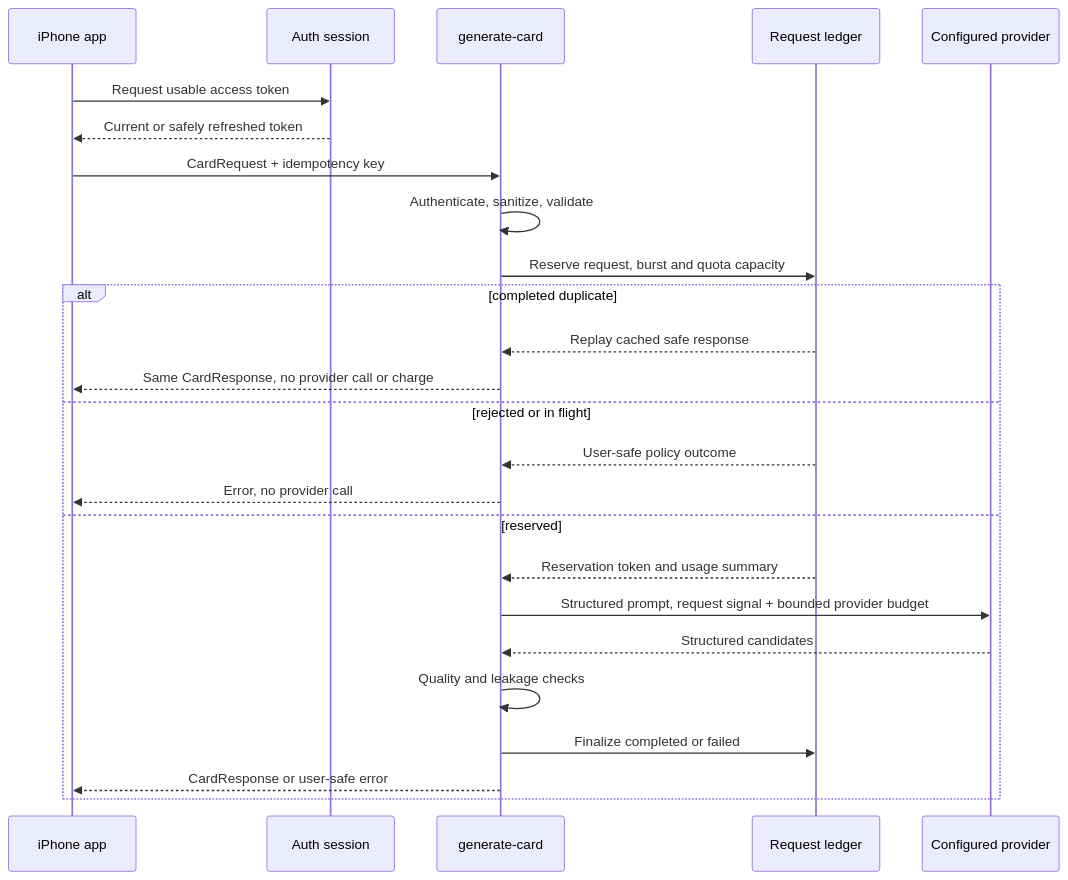
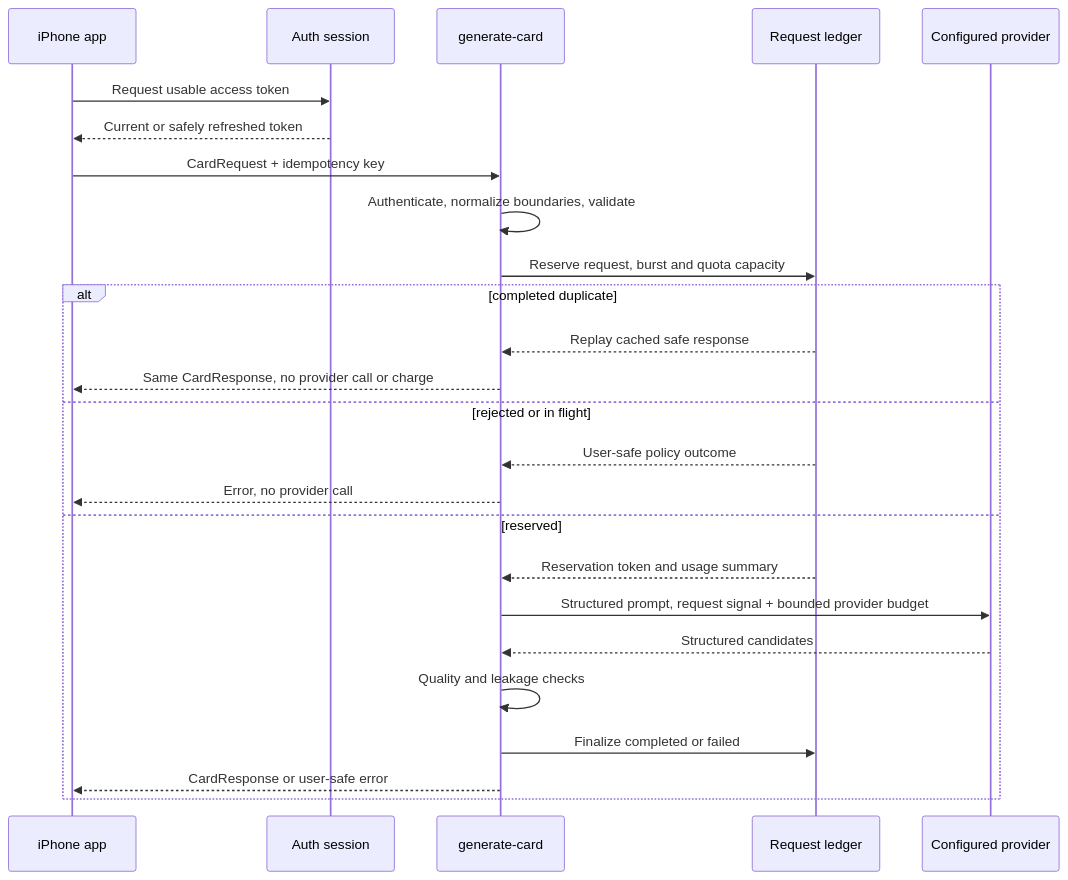
The diagram in docs/engineering/ai-generation.md (jarrydaubert/prosepal), drawn with Mermaid before and after one commit. The commit also changed other lines of this file and 15 other files, not shown here.

````diff
--- a/docs/engineering/ai-generation.md
+++ b/docs/engineering/ai-generation.md
@@ -109,28 +140,28 @@
 ```mermaid
 sequenceDiagram
   participant App as iPhone app
   participant Auth as Auth session
   participant Edge as generate-card
   participant DB as Request ledger
   participant AI as Configured provider
 
   App->>Auth: Request usable access token
   Auth-->>App: Current or safely refreshed token
   App->>Edge: CardRequest + idempotency key
-  Edge->>Edge: Authenticate, sanitize, validate
+  Edge->>Edge: Authenticate, normalize boundaries, validate
   Edge->>DB: Reserve request, burst and quota capacity
   alt completed duplicate
     DB-->>Edge: Replay cached safe response
     Edge-->>App: Same CardResponse, no provider call or charge
   else rejected or in flight
     DB-->>Edge: User-safe policy outcome
     Edge-->>App: Error, no provider call
   else reserved
     DB-->>Edge: Reservation token and usage summary
     Edge->>AI: Structured prompt, request signal + bounded provider budget
     AI-->>Edge: Structured candidates
     Edge->>Edge: Quality and leakage checks
     Edge->>DB: Finalize completed or failed
     Edge-->>App: CardResponse or user-safe error
   end
 ```
````
